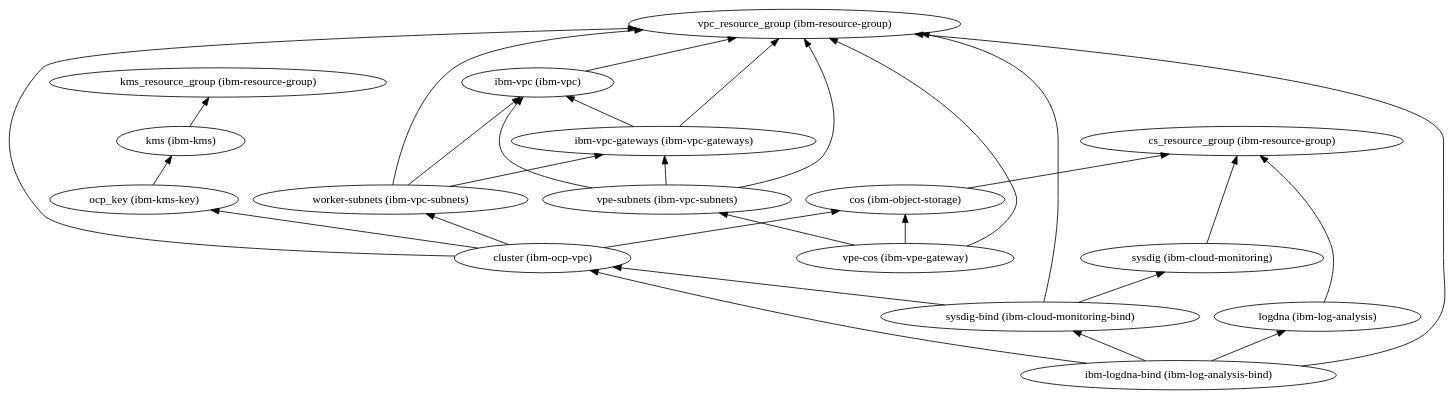
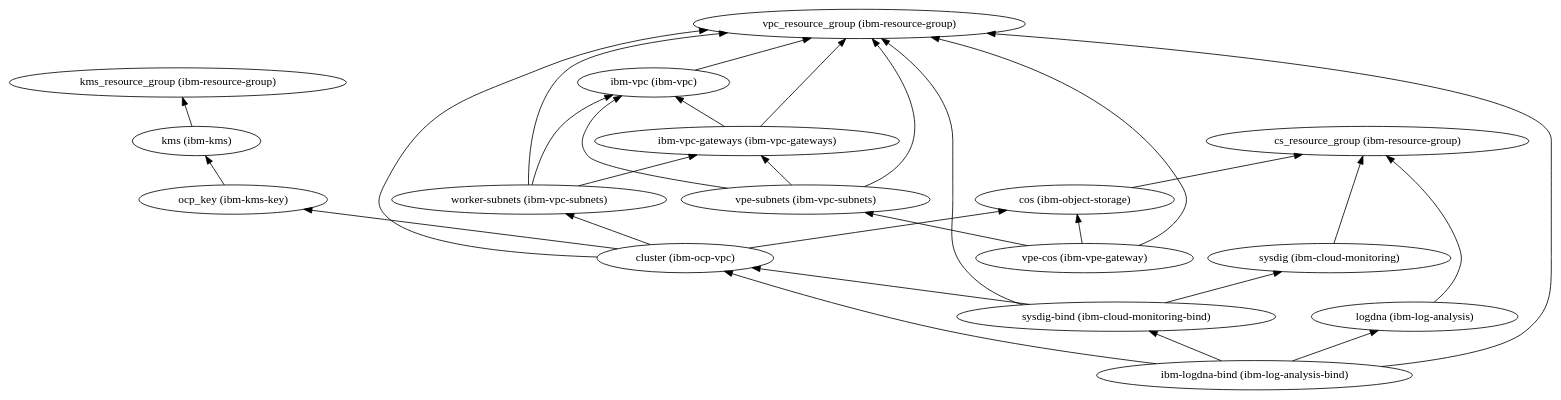
The diagram in 2-standard/115-ibm-vpc-openshift-standard/dependencies.dot (IBM/automation-ibmcloud-infra-openshift), drawn with Graphviz before and after one commit. The commit also changed 106 other files, not shown here.

```diff
--- a/2-standard/115-ibm-vpc-openshift-standard/dependencies.dot
+++ b/2-standard/115-ibm-vpc-openshift-standard/dependencies.dot
@@ -1,47 +1,47 @@
 digraph {
     rankdir="BT"
-    "kms_resource_group (ibm-resource-group)"
-"vpc_resource_group (ibm-resource-group)"
+    "sysdig (ibm-cloud-monitoring)" -> "cs_resource_group (ibm-resource-group)"
+"sysdig (ibm-cloud-monitoring)"
 "cs_resource_group (ibm-resource-group)"
-"sysdig (ibm-cloud-monitoring)" -> "cs_resource_group (ibm-resource-group)"
-"sysdig (ibm-cloud-monitoring)"
 "sysdig-bind (ibm-cloud-monitoring-bind)" -> "cluster (ibm-ocp-vpc)"
 "sysdig-bind (ibm-cloud-monitoring-bind)" -> "vpc_resource_group (ibm-resource-group)"
 "sysdig-bind (ibm-cloud-monitoring-bind)" -> "sysdig (ibm-cloud-monitoring)"
 "sysdig-bind (ibm-cloud-monitoring-bind)"
 "cluster (ibm-ocp-vpc)" -> "vpc_resource_group (ibm-resource-group)"
 "cluster (ibm-ocp-vpc)" -> "cos (ibm-object-storage)"
 "cluster (ibm-ocp-vpc)" -> "worker-subnets (ibm-vpc-subnets)"
 "cluster (ibm-ocp-vpc)" -> "ocp_key (ibm-kms-key)"
 "cluster (ibm-ocp-vpc)"
+"vpc_resource_group (ibm-resource-group)"
 "cos (ibm-object-storage)" -> "cs_resource_group (ibm-resource-group)"
 "cos (ibm-object-storage)"
 "worker-subnets (ibm-vpc-subnets)" -> "vpc_resource_group (ibm-resource-group)"
 "worker-subnets (ibm-vpc-subnets)" -> "ibm-vpc (ibm-vpc)"
 "worker-subnets (ibm-vpc-subnets)" -> "ibm-vpc-gateways (ibm-vpc-gateways)"
 "worker-subnets (ibm-vpc-subnets)"
 "ibm-vpc (ibm-vpc)" -> "vpc_resource_group (ibm-resource-group)"
 "ibm-vpc (ibm-vpc)"
 "ibm-vpc-gateways (ibm-vpc-gateways)" -> "vpc_resource_group (ibm-resource-group)"
 "ibm-vpc-gateways (ibm-vpc-gateways)" -> "ibm-vpc (ibm-vpc)"
 "ibm-vpc-gateways (ibm-vpc-gateways)"
 "ocp_key (ibm-kms-key)" -> "kms (ibm-kms)"
 "ocp_key (ibm-kms-key)"
 "kms (ibm-kms)" -> "kms_resource_group (ibm-resource-group)"
 "kms (ibm-kms)"
+"kms_resource_group (ibm-resource-group)"
 "logdna (ibm-log-analysis)" -> "cs_resource_group (ibm-resource-group)"
 "logdna (ibm-log-analysis)"
 "ibm-logdna-bind (ibm-log-analysis-bind)" -> "cluster (ibm-ocp-vpc)"
 "ibm-logdna-bind (ibm-log-analysis-bind)" -> "vpc_resource_group (ibm-resource-group)"
 "ibm-logdna-bind (ibm-log-analysis-bind)" -> "logdna (ibm-log-analysis)"
 "ibm-logdna-bind (ibm-log-analysis-bind)" -> "sysdig-bind (ibm-cloud-monitoring-bind)"
 "ibm-logdna-bind (ibm-log-analysis-bind)"
 "vpe-subnets (ibm-vpc-subnets)" -> "vpc_resource_group (ibm-resource-group)"
 "vpe-subnets (ibm-vpc-subnets)" -> "ibm-vpc (ibm-vpc)"
 "vpe-subnets (ibm-vpc-subnets)" -> "ibm-vpc-gateways (ibm-vpc-gateways)"
 "vpe-subnets (ibm-vpc-subnets)"
 "vpe-cos (ibm-vpe-gateway)" -> "vpc_resource_group (ibm-resource-group)"
 "vpe-cos (ibm-vpe-gateway)" -> "vpe-subnets (ibm-vpc-subnets)"
 "vpe-cos (ibm-vpe-gateway)" -> "cos (ibm-object-storage)"
 "vpe-cos (ibm-vpe-gateway)"
   }
```
